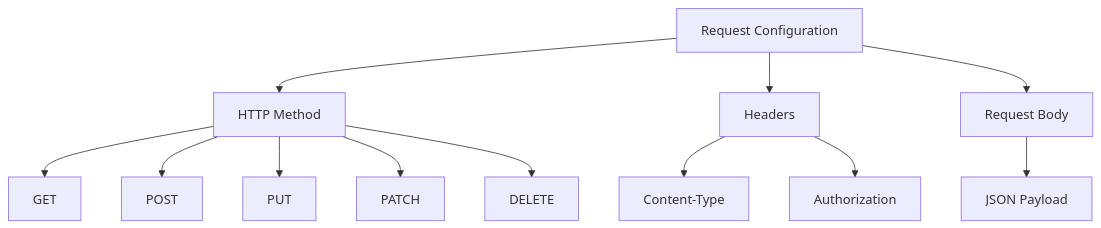
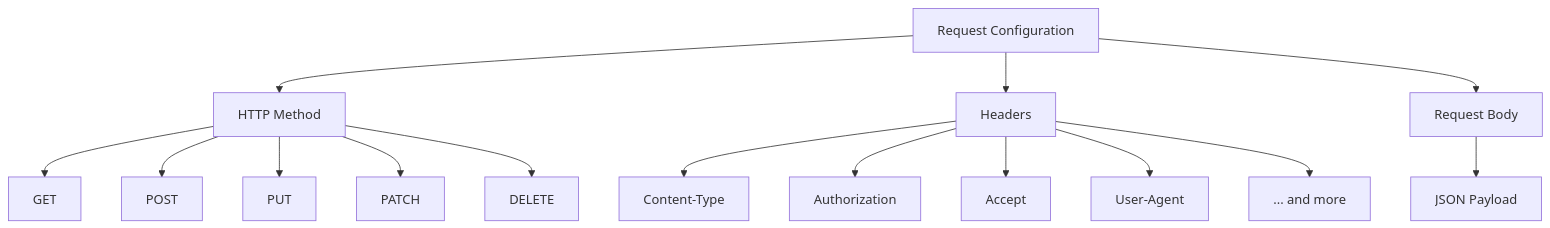
The fifth of 31 diagrams in README.md (merakleee/BUILD-IT-API-FETCHING), drawn with Mermaid before and after one commit. The commit also changed other lines of this file, not shown here.

````diff
--- a/README.md
+++ b/README.md
@@ -229,18 +249,18 @@
 ```mermaid
 flowchart TD
     Config[Request Configuration]
     Config --> Method[HTTP Method]
     Config --> Headers[Headers]
     Config --> Body[Request Body]
-
     Method --> GET
     Method --> POST
     Method --> PUT
     Method --> PATCH
     Method --> DELETE
-
     Headers --> CT[Content-Type]
     Headers --> Auth[Authorization]
-
+    Headers --> Accept[Accept]
+    Headers --> UserAgent[User-Agent]
+    Headers --> More[... and more]
     Body --> JSON[JSON Payload]
 ```
````
